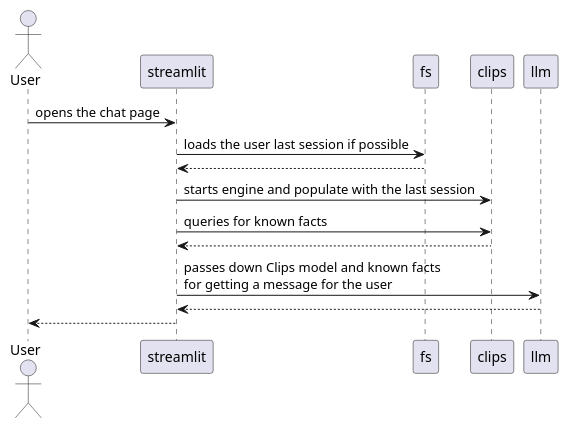
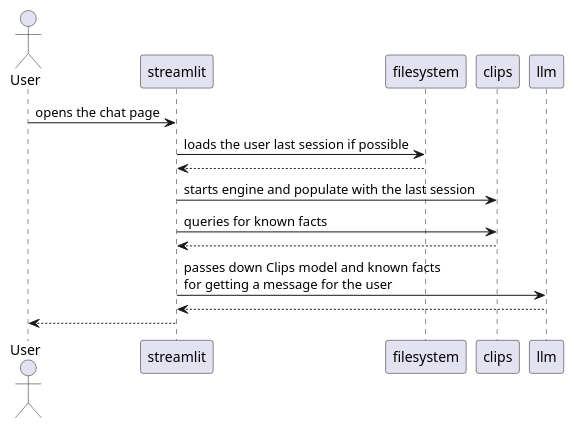
Before and after one commit to skorczan/pcc3-clerk: the diagram in docs/diagrams/dialogue-starts.plantuml, drawn with PlantUML. The commit also changed 3 other files, not shown here.

Commit message:
Some diagram fixes

```diff
--- a/docs/diagrams/dialogue-starts.plantuml
+++ b/docs/diagrams/dialogue-starts.plantuml
@@ -1,16 +1,16 @@
 @startuml
 actor User as user
 
 user -> streamlit : opens the chat page
-streamlit -> fs : loads the user last session if possible
-fs --> streamlit
+streamlit -> filesystem : loads the user last session if possible
+filesystem --> streamlit
 
 streamlit -> clips : starts engine and populate with the last session
 streamlit -> clips : queries for known facts
 streamlit <-- clips
 
 streamlit -> llm : passes down Clips model and known facts\nfor getting a message for the user
 llm --> streamlit
 
 streamlit --> user :
 @enduml
```
